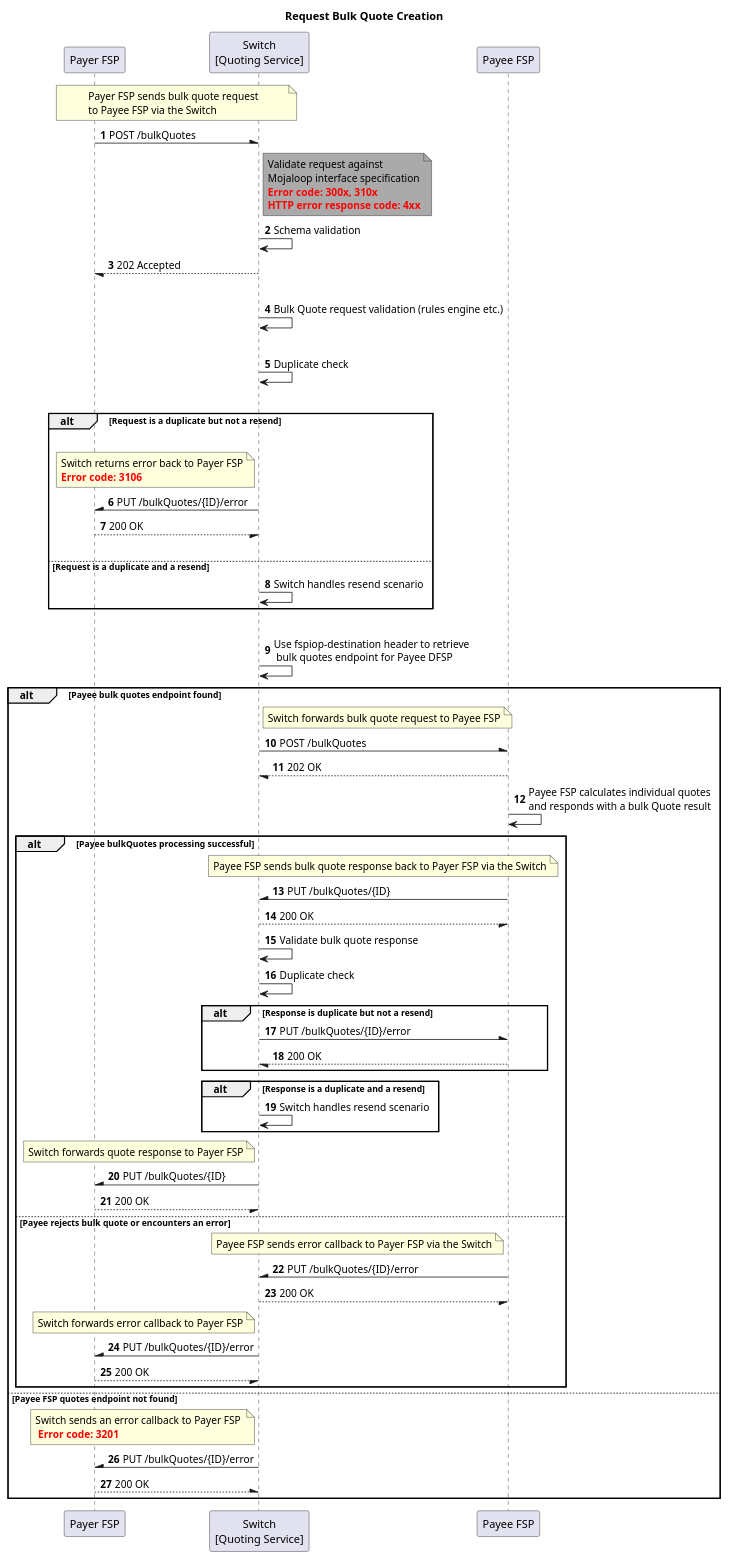
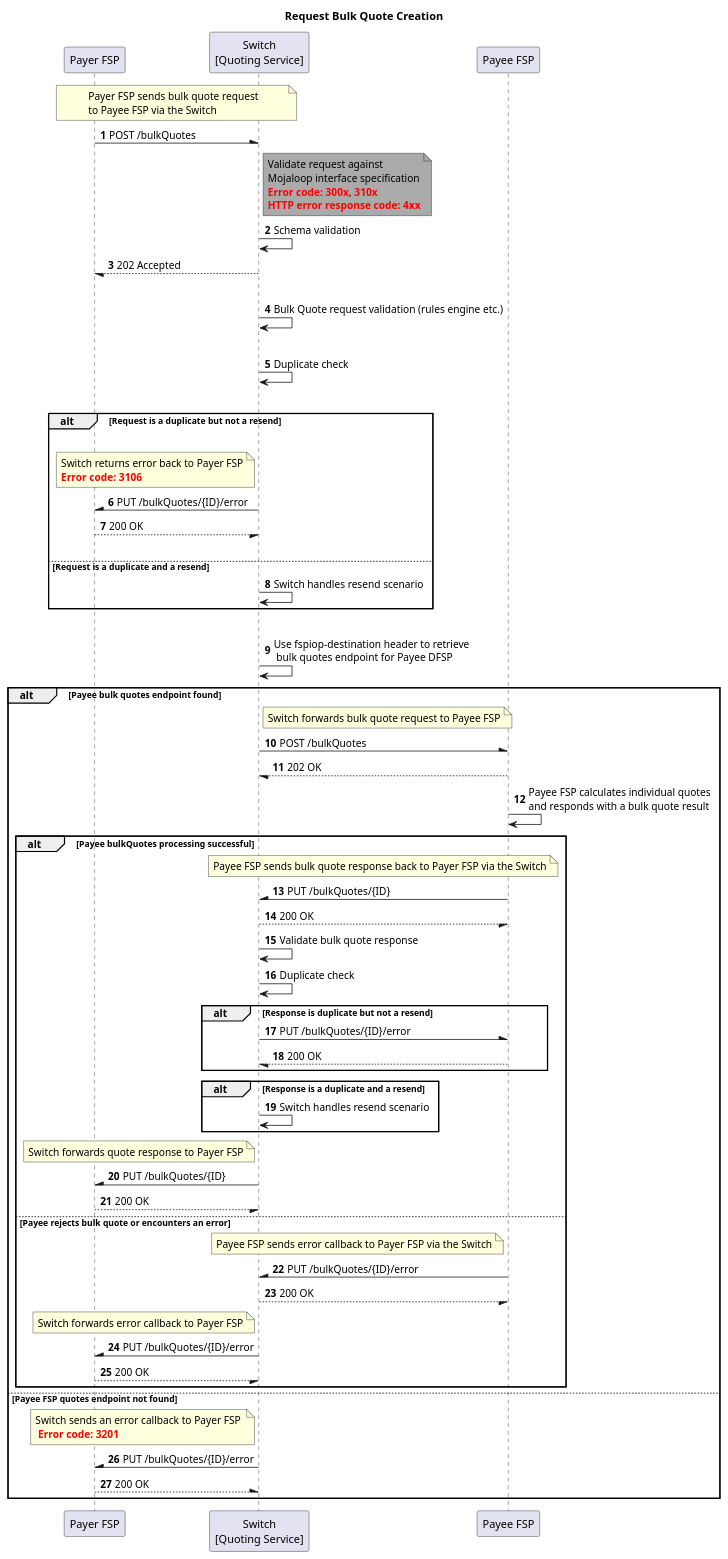
One commit to mojaloop/documentation changed the diagram in mojaloop-technical-overview/quoting-service/assets/diagrams/sequence/seq-post-bulk-quotes-2.2.0.plantuml. Above: the diagram before and after it, drawn with PlantUML.

```diff
--- a/mojaloop-technical-overview/quoting-service/assets/diagrams/sequence/seq-post-bulk-quotes-2.2.0.plantuml
+++ b/mojaloop-technical-overview/quoting-service/assets/diagrams/sequence/seq-post-bulk-quotes-2.2.0.plantuml
@@ -25,75 +25,75 @@
 @startuml
 Title Request Bulk Quote Creation
 participant "Payer FSP" as PayerFSP
 participant "Switch\n[Quoting Service]" as Switch
 participant "Payee FSP" as PayeeFSP
 autonumber
 
 note over PayerFSP, Switch: Payer FSP sends bulk quote request\nto Payee FSP via the Switch
 PayerFSP -\ Switch: POST /bulkQuotes
 note right of Switch #aaa
     Validate request against 
     Mojaloop interface specification
     **<color #red>Error code: 300x, 310x</color>**
     **<color #red>HTTP error response code: 4xx</color>**
 end note
 Switch -> Switch: Schema validation
 PayerFSP \-- Switch: 202 Accepted
 |||
 Switch -> Switch: Bulk Quote request validation (rules engine etc.)
 |||
 Switch -> Switch: Duplicate check
 |||
 alt Request is a duplicate but not a resend
 |||
     note left of Switch
         Switch returns error back to Payer FSP
         <color #red>**Error code: 3106**</color>
     end note
     PayerFSP /- Switch: PUT /bulkQuotes/{ID}/error
     PayerFSP --/ Switch: 200 OK
 |||
 else Request is a duplicate and a resend
     Switch -> Switch: Switch handles resend scenario
 end
 |||
 Switch -> Switch: Use fspiop-destination header to retrieve\n bulk quotes endpoint for Payee DFSP
 alt Payee bulk quotes endpoint found
     note right of Switch: Switch forwards bulk quote request to Payee FSP
     Switch -\ PayeeFSP: POST /bulkQuotes
     Switch \-- PayeeFSP: 202 OK
 
-    PayeeFSP -> PayeeFSP: Payee FSP calculates individual quotes\nand responds with a bulk Quote result
+    PayeeFSP -> PayeeFSP: Payee FSP calculates individual quotes\nand responds with a bulk quote result
     alt Payee bulkQuotes processing successful
         note over PayeeFSP, Switch: Payee FSP sends bulk quote response back to Payer FSP via the Switch
         Switch /- PayeeFSP: PUT /bulkQuotes/{ID}
         Switch --/ PayeeFSP: 200 OK
 
         Switch -> Switch: Validate bulk quote response
         Switch -> Switch: Duplicate check
         alt Response is duplicate but not a resend
             Switch -\ PayeeFSP: PUT /bulkQuotes/{ID}/error
             Switch \-- PayeeFSP: 200 OK
         end
         alt Response is a duplicate and a resend
             Switch -> Switch: Switch handles resend scenario
         end
 
         note left of Switch: Switch forwards quote response to Payer FSP
         PayerFSP /- Switch: PUT /bulkQuotes/{ID}
         PayerFSP --/ Switch: 200 OK
     else Payee rejects bulk quote or encounters an error
         note left of PayeeFSP: Payee FSP sends error callback to Payer FSP via the Switch
         Switch /- PayeeFSP: PUT /bulkQuotes/{ID}/error
         Switch --/ PayeeFSP: 200 OK
         note left of Switch: Switch forwards error callback to Payer FSP
         PayerFSP /- Switch: PUT /bulkQuotes/{ID}/error
         PayerFSP --/ Switch: 200 OK
     end
 else Payee FSP quotes endpoint not found
     note left of Switch: Switch sends an error callback to Payer FSP \n <color #red>**Error code: 3201**</color>
     PayerFSP /- Switch: PUT /bulkQuotes/{ID}/error
     PayerFSP --\ Switch: 200 OK
 end
 
 @enduml
```
